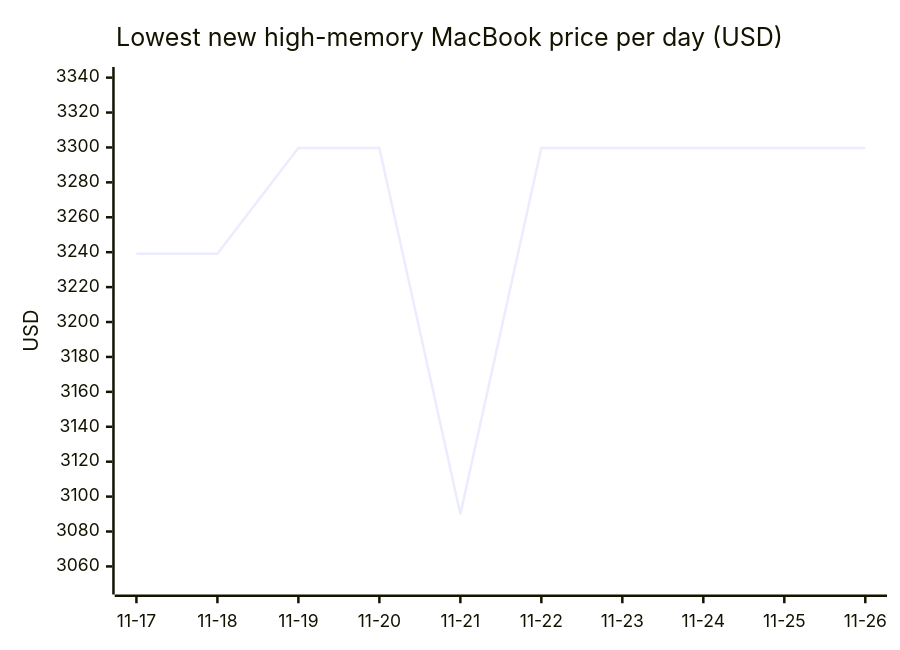
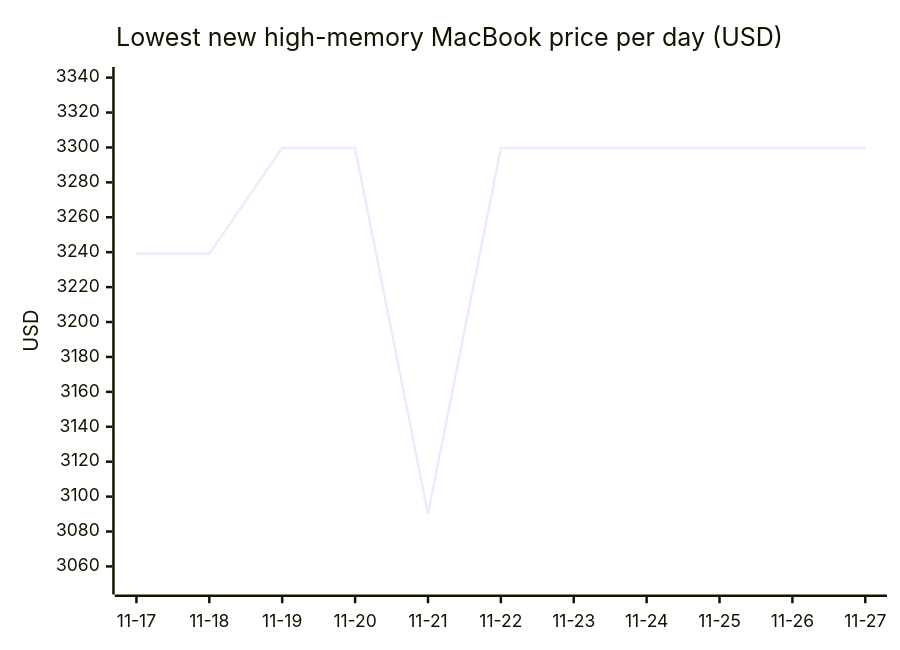
Diagram 17 of 18 in README.md (7324136828/4tb_ssd_price_watch), drawn with Mermaid before and after one commit. The commit also changed other lines of this file, not shown here.

````diff
--- a/README.md
+++ b/README.md
@@ -1713,7 +1766,7 @@
 ```mermaid
 xychart-beta
     title "Lowest new high-memory MacBook price per day (USD)"
-    x-axis ["11-17", "11-18", "11-19", "11-20", "11-21", "11-22", "11-23", "11-24", "11-25", "11-26"]
+    x-axis ["11-17", "11-18", "11-19", "11-20", "11-21", "11-22", "11-23", "11-24", "11-25", "11-26", "11-27"]
     y-axis "USD" 3050 --> 3340
-    line [3239.09, 3239.10, 3299.74, 3299.74, 3089.95, 3299.74, 3299.74, 3299.74, 3299.74, 3299.74]
+    line [3239.09, 3239.10, 3299.74, 3299.74, 3089.95, 3299.74, 3299.74, 3299.74, 3299.74, 3299.74, 3299.74]
 ```
````
